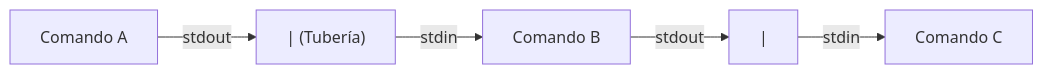
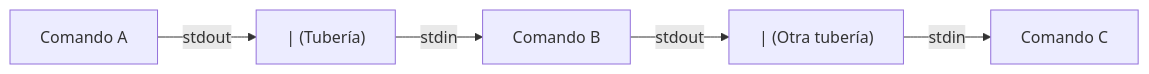
One commit to pereidax86/pereidax86-web changed the third of 3 diagrams in src/content/blog/linux-esencial-07-tuberias-redirecciones.md. Above: the diagram before and after it, drawn with Mermaid. The commit also changed other lines of this file and 8 other files, not shown here.

````diff
--- a/src/content/blog/linux-esencial-07-tuberias-redirecciones.md
+++ b/src/content/blog/linux-esencial-07-tuberias-redirecciones.md
@@ -93,4 +129,4 @@
 ```mermaid
 flowchart LR
-    CmdA["Comando A"] -- stdout --> Pipe["| (Tubería)"] -- stdin --> CmdB["Comando B"] -- stdout --> Pipe2["|"] -- stdin --> CmdC["Comando C"]
+    CmdA["Comando A"] -- stdout --> Pipe["| (Tubería)"] -- stdin --> CmdB["Comando B"] -- stdout --> Pipe2["| (Otra tubería)"] -- stdin --> CmdC["Comando C"]
 ```
````
